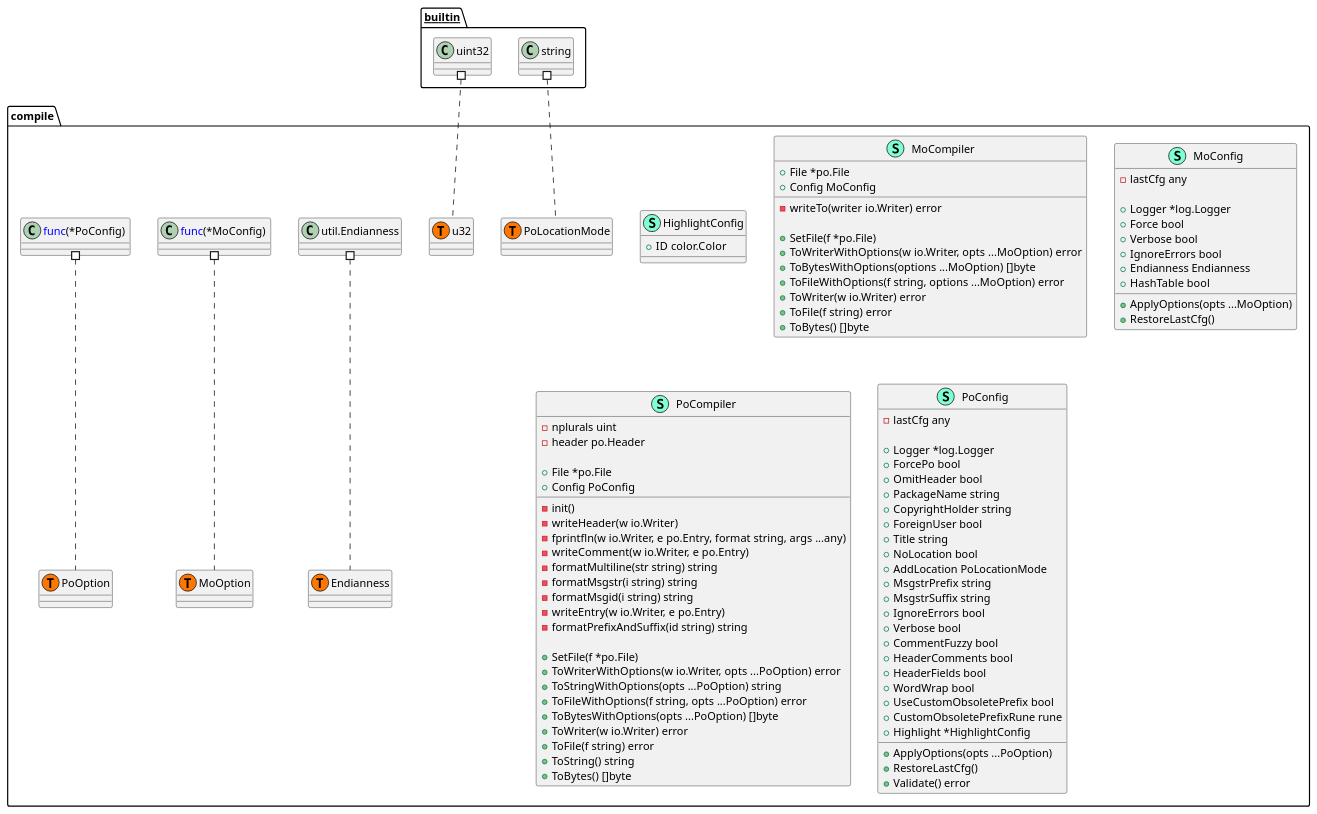
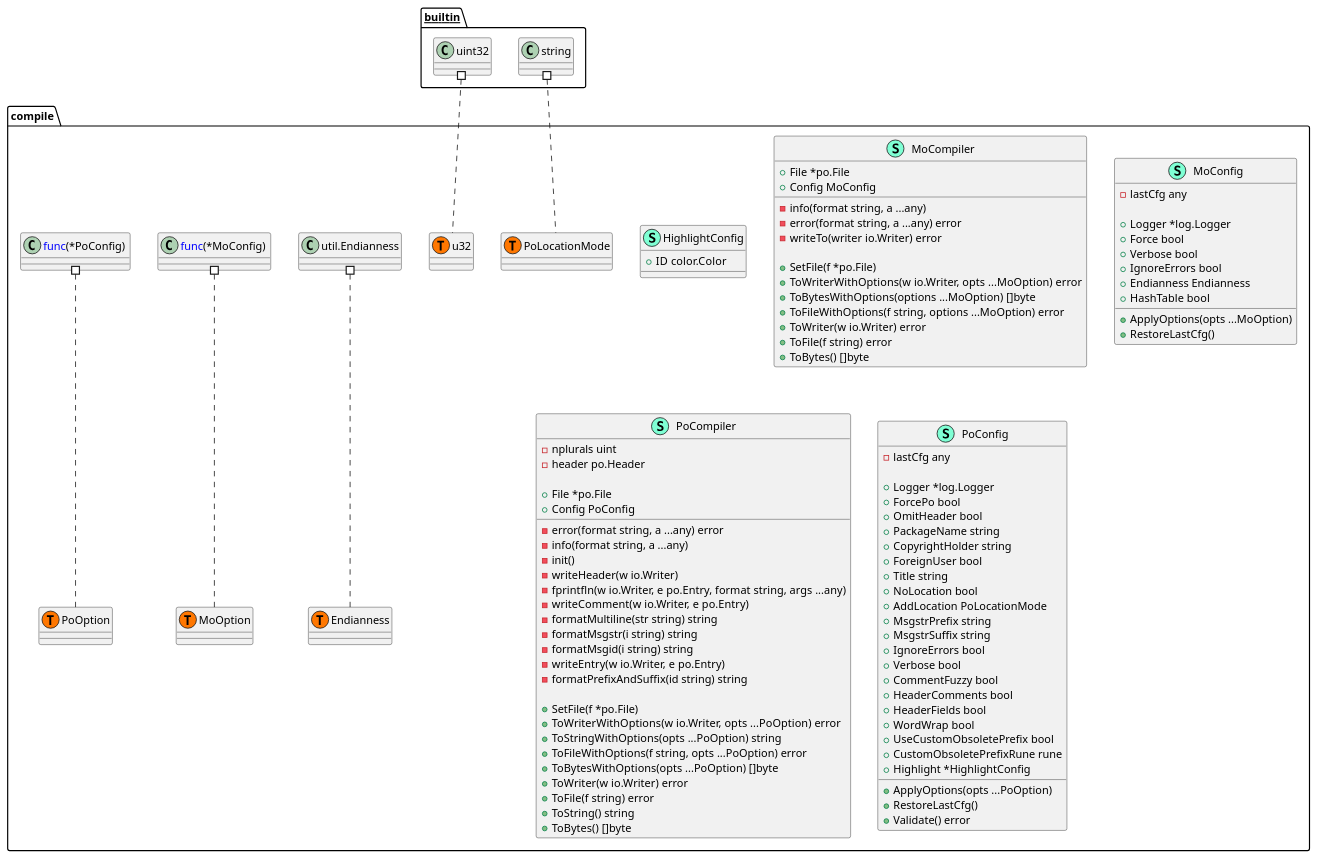
One commit to Tom5521/gotext-tools changed the diagram in pkg/po/compile/structure.puml. Above: the diagram before and after it, drawn with PlantUML. The commit also changed 19 other files, not shown here.

```diff
--- a/pkg/po/compile/structure.puml
+++ b/pkg/po/compile/structure.puml
@@ -1,114 +1,118 @@
 @startuml
 namespace compile {
     class HighlightConfig << (S,Aquamarine) >> {
         + ID color.Color
 
     }
     class MoCompiler << (S,Aquamarine) >> {
         + File *po.File
         + Config MoConfig
 
+        - info(format string, a ...any) 
+        - error(format string, a ...any) error
         - writeTo(writer io.Writer) error
 
         + SetFile(f *po.File) 
         + ToWriterWithOptions(w io.Writer, opts ...MoOption) error
         + ToBytesWithOptions(options ...MoOption) []byte
         + ToFileWithOptions(f string, options ...MoOption) error
         + ToWriter(w io.Writer) error
         + ToFile(f string) error
         + ToBytes() []byte
 
     }
     class MoConfig << (S,Aquamarine) >> {
         - lastCfg any
 
         + Logger *log.Logger
         + Force bool
         + Verbose bool
         + IgnoreErrors bool
         + Endianness Endianness
         + HashTable bool
 
         + ApplyOptions(opts ...MoOption) 
         + RestoreLastCfg() 
 
     }
     class PoCompiler << (S,Aquamarine) >> {
         - nplurals uint
         - header po.Header
 
         + File *po.File
         + Config PoConfig
 
+        - error(format string, a ...any) error
+        - info(format string, a ...any) 
         - init() 
         - writeHeader(w io.Writer) 
         - fprintfln(w io.Writer, e po.Entry, format string, args ...any) 
         - writeComment(w io.Writer, e po.Entry) 
         - formatMultiline(str string) string
         - formatMsgstr(i string) string
         - formatMsgid(i string) string
         - writeEntry(w io.Writer, e po.Entry) 
         - formatPrefixAndSuffix(id string) string
 
         + SetFile(f *po.File) 
         + ToWriterWithOptions(w io.Writer, opts ...PoOption) error
         + ToStringWithOptions(opts ...PoOption) string
         + ToFileWithOptions(f string, opts ...PoOption) error
         + ToBytesWithOptions(opts ...PoOption) []byte
         + ToWriter(w io.Writer) error
         + ToFile(f string) error
         + ToString() string
         + ToBytes() []byte
 
     }
     class PoConfig << (S,Aquamarine) >> {
         - lastCfg any
 
         + Logger *log.Logger
         + ForcePo bool
         + OmitHeader bool
         + PackageName string
         + CopyrightHolder string
         + ForeignUser bool
         + Title string
         + NoLocation bool
         + AddLocation PoLocationMode
         + MsgstrPrefix string
         + MsgstrSuffix string
         + IgnoreErrors bool
         + Verbose bool
         + CommentFuzzy bool
         + HeaderComments bool
         + HeaderFields bool
         + WordWrap bool
         + UseCustomObsoletePrefix bool
         + CustomObsoletePrefixRune rune
         + Highlight *HighlightConfig
 
         + ApplyOptions(opts ...PoOption) 
         + RestoreLastCfg() 
         + Validate() error
 
     }
     class compile.Endianness << (T, #FF7700) >>  {
     }
     class compile.MoOption << (T, #FF7700) >>  {
     }
     class compile.PoLocationMode << (T, #FF7700) >>  {
     }
     class compile.PoOption << (T, #FF7700) >>  {
     }
     class compile.u32 << (T, #FF7700) >>  {
     }
     class "util.Endianness" as utilEndianness {
         'This class was created so that we can correctly have an alias pointing to this name. Since it contains dots that can break namespaces
     }
 }
 
 
 "__builtin__.string" #.. "compile.PoLocationMode"
 "__builtin__.uint32" #.. "compile.u32"
 "compile.<font color=blue>func</font>(*MoConfig) " #.. "compile.MoOption"
 "compile.<font color=blue>func</font>(*PoConfig) " #.. "compile.PoOption"
 "compile.utilEndianness" #.. "compile.Endianness"
 @enduml
```
